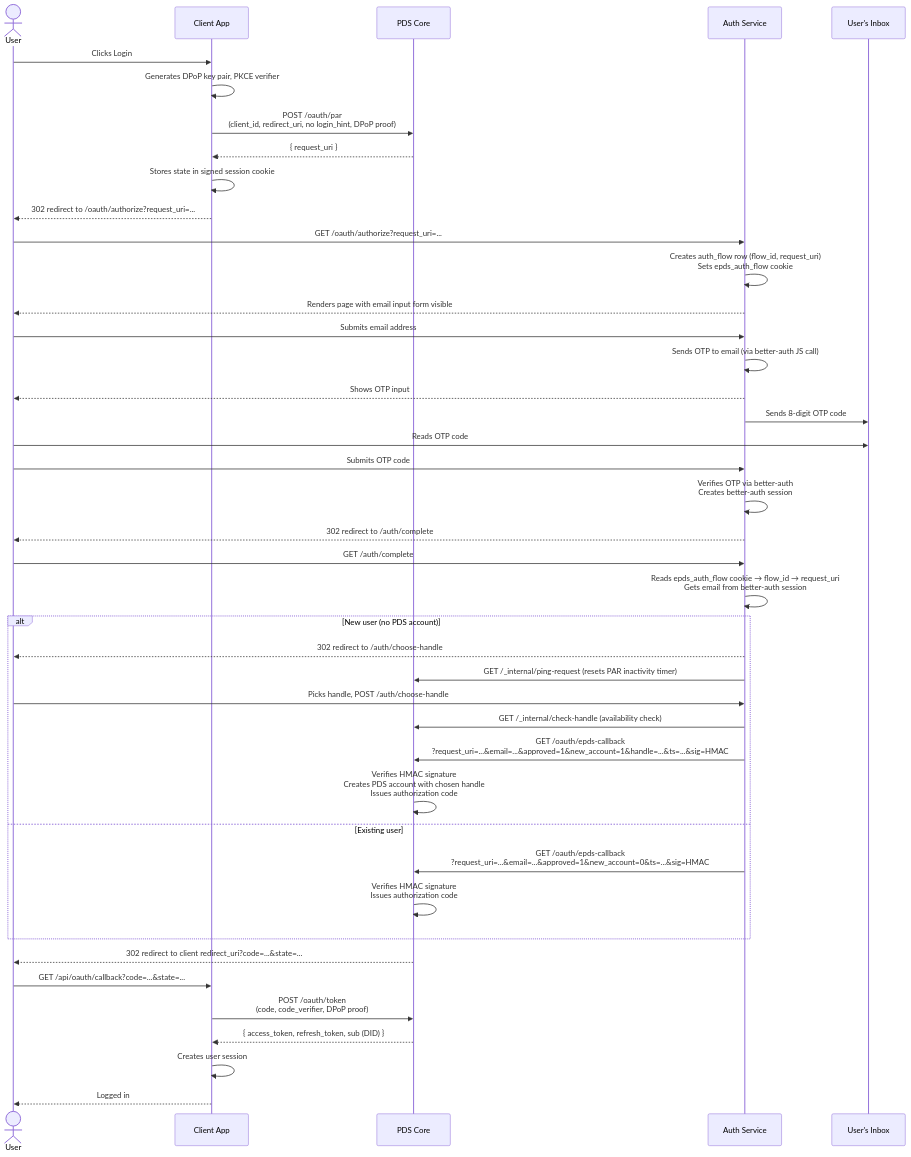
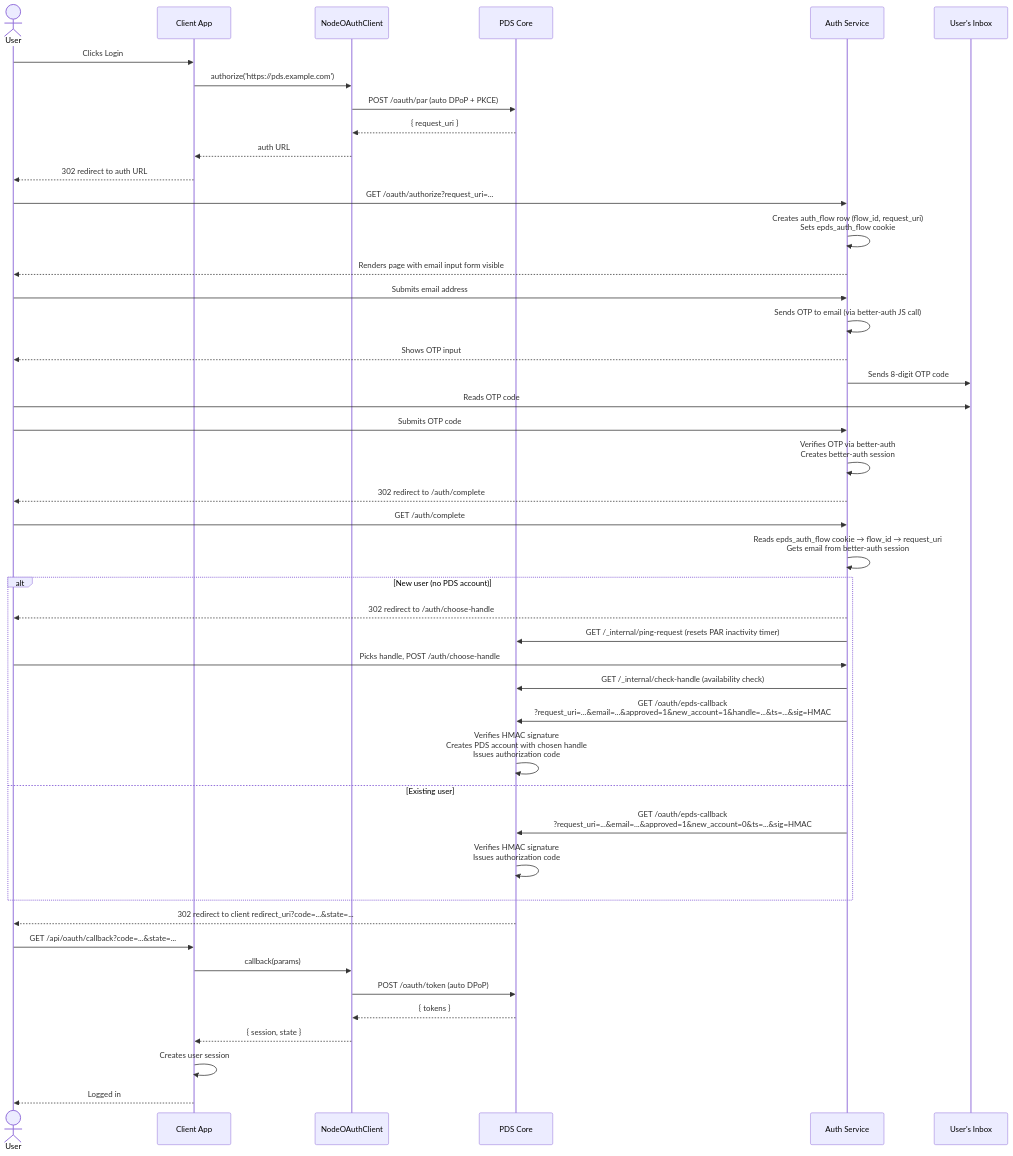
Before and after one commit to attpslabs/ePDS: the second of 2 diagrams in docs/tutorial.md, drawn with Mermaid. The commit also changed other lines of this file and 5 other files, not shown here.

First line of the commit message:
docs: rewrite login skill and tutorial for @atproto/oauth-client-node

````diff
--- a/docs/tutorial.md
+++ b/docs/tutorial.md
@@ -111,52 +127,55 @@
 ```mermaid
 sequenceDiagram
     actor User
     participant App as Client App
+    participant Lib as NodeOAuthClient
     participant PDS as PDS Core
     participant Auth as Auth Service
     participant Email as User's Inbox
 
     User->>App: Clicks Login
-    App->>App: Generates DPoP key pair, PKCE verifier
-    App->>PDS: POST /oauth/par<br/>(client_id, redirect_uri, no login_hint, DPoP proof)
-    PDS-->>App: { request_uri }
-    App->>App: Stores state in signed session cookie
-    App-->>User: 302 redirect to /oauth/authorize?request_uri=...
+    App->>Lib: authorize('https://pds.example.com')
+    Lib->>PDS: POST /oauth/par (auto DPoP + PKCE)
+    PDS-->>Lib: { request_uri }
+    Lib-->>App: auth URL
+    App-->>User: 302 redirect to auth URL
 
     User->>Auth: GET /oauth/authorize?request_uri=...
     Auth->>Auth: Creates auth_flow row (flow_id, request_uri)<br/>Sets epds_auth_flow cookie
     Auth-->>User: Renders page with email input form visible
 
     User->>Auth: Submits email address
     Auth->>Auth: Sends OTP to email (via better-auth JS call)
     Auth-->>User: Shows OTP input
     Auth->>Email: Sends 8-digit OTP code
 
     User->>Email: Reads OTP code
     User->>Auth: Submits OTP code
     Auth->>Auth: Verifies OTP via better-auth<br/>Creates better-auth session
     Auth-->>User: 302 redirect to /auth/complete
 
     User->>Auth: GET /auth/complete
     Auth->>Auth: Reads epds_auth_flow cookie → flow_id → request_uri<br/>Gets email from better-auth session
 
     alt New user (no PDS account)
         Auth-->>User: 302 redirect to /auth/choose-handle
         Auth->>PDS: GET /_internal/ping-request (resets PAR inactivity timer)
         User->>Auth: Picks handle, POST /auth/choose-handle
         Auth->>PDS: GET /_internal/check-handle (availability check)
         Auth->>PDS: GET /oauth/epds-callback<br/>?request_uri=...&email=...&approved=1&new_account=1&handle=...&ts=...&sig=HMAC
         PDS->>PDS: Verifies HMAC signature<br/>Creates PDS account with chosen handle<br/>Issues authorization code
     else Existing user
         Auth->>PDS: GET /oauth/epds-callback<br/>?request_uri=...&email=...&approved=1&new_account=0&ts=...&sig=HMAC
         PDS->>PDS: Verifies HMAC signature<br/>Issues authorization code
     end
 
     PDS-->>User: 302 redirect to client redirect_uri?code=...&state=...
 
     User->>App: GET /api/oauth/callback?code=...&state=...
-    App->>PDS: POST /oauth/token<br/>(code, code_verifier, DPoP proof)
-    PDS-->>App: { access_token, refresh_token, sub (DID) }
+    App->>Lib: callback(params)
+    Lib->>PDS: POST /oauth/token (auto DPoP)
+    PDS-->>Lib: { tokens }
+    Lib-->>App: { session, state }
     App->>App: Creates user session
     App-->>User: Logged in
 ```
````
